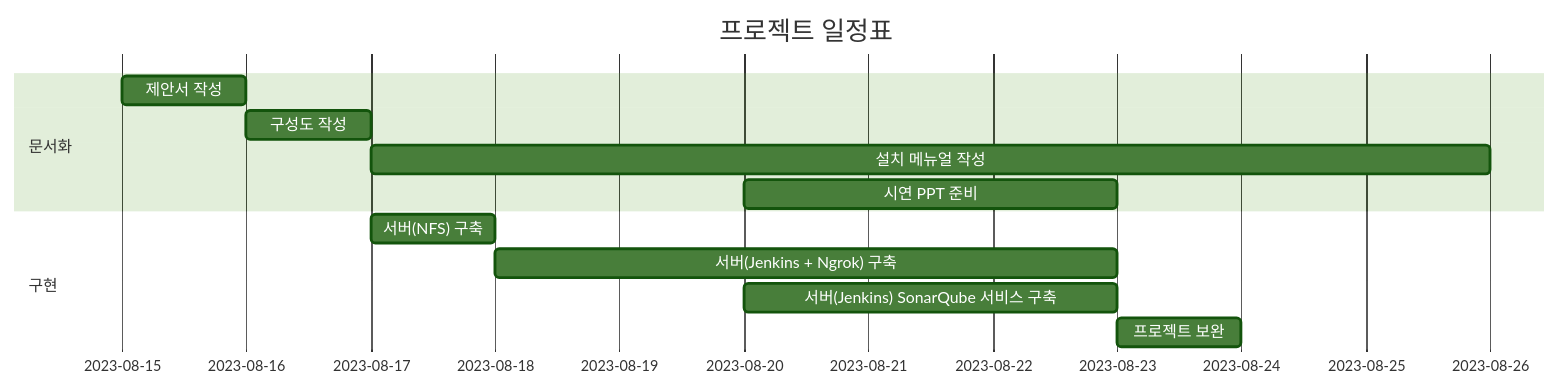
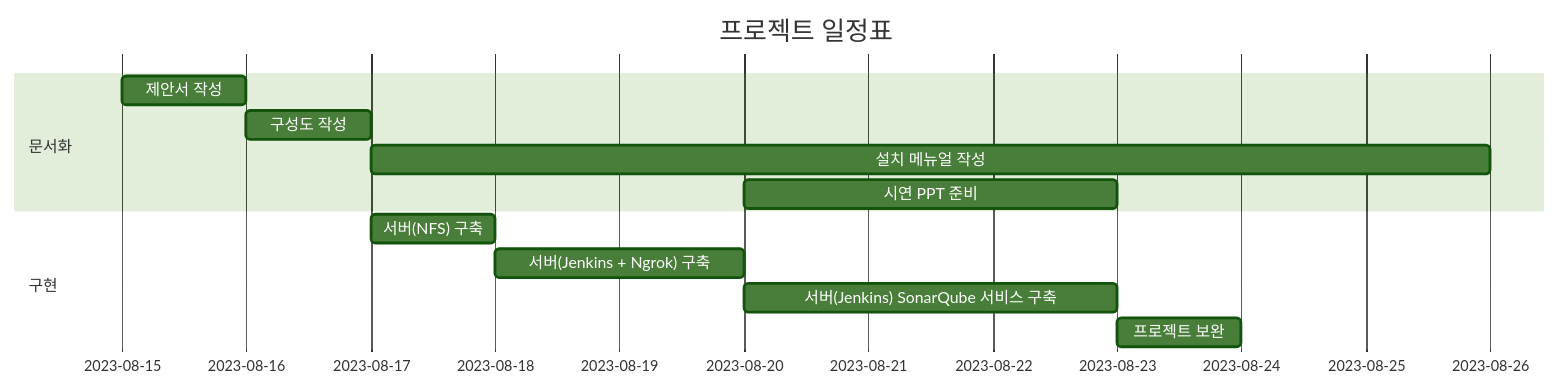
One commit to KimJeongHoon190/First_Project changed the diagram in README.md. Above: the diagram before and after it, drawn with Mermaid (forest theme).

````diff
--- a/README.md
+++ b/README.md
@@ -3,17 +3,17 @@
 ```mermaid
 gantt
     title 프로젝트 일정표
     dateFormat  YYYY-MM-DD
     section 문서화
     제안서 작성  : a1, 2023-08-15, 1d
     구성도 작성  : after a1, 1d
     설치 메뉴얼 작성 : after a1, 2023-08-17, 9d
     시연 PPT 준비 : after a1, 2023-08-20, 3d
    
 
     section 구현
     서버(NFS) 구축  : b1, 2023-08-17, 1d
-    서버(Jenkins + Ngrok) 구축 :after b1, 5d
+    서버(Jenkins + Ngrok) 구축 :after b1, 2d
     서버(Jenkins) SonarQube 서비스 구축: b3, 2023-08-20, 3d
     프로젝트 보완 : after b3, 1d
 ```
````
